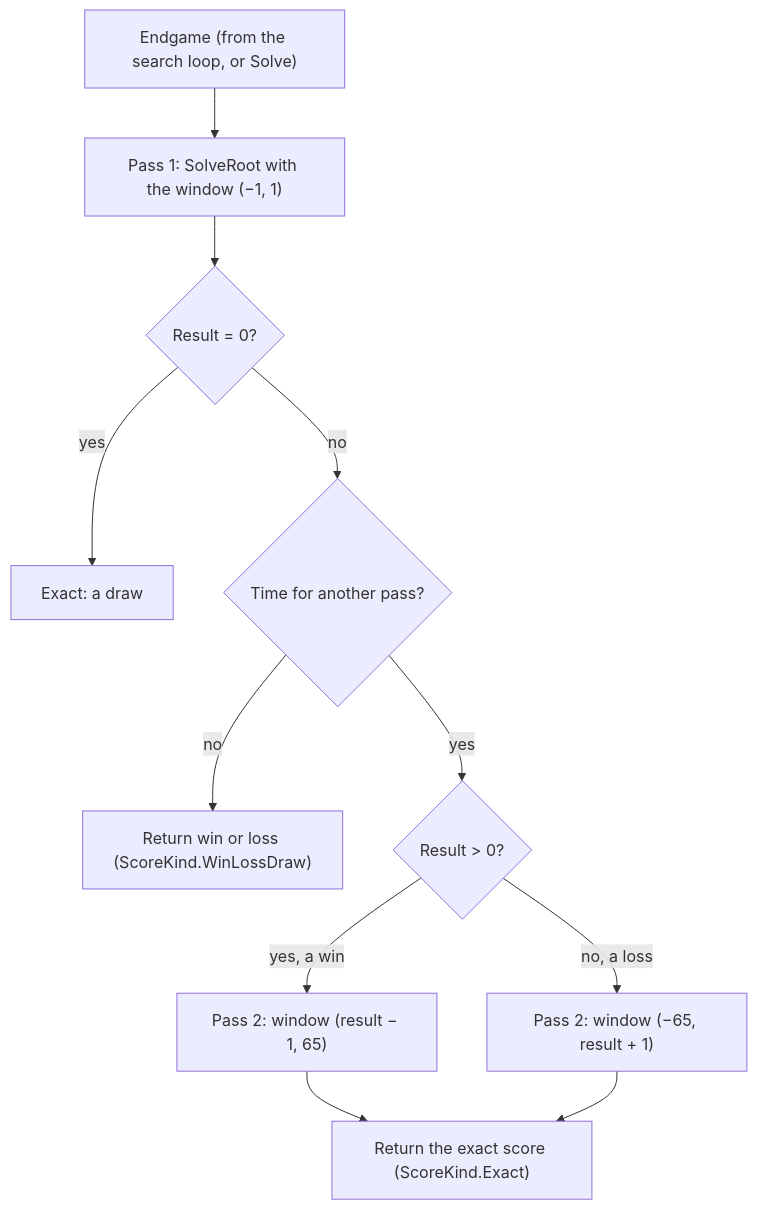
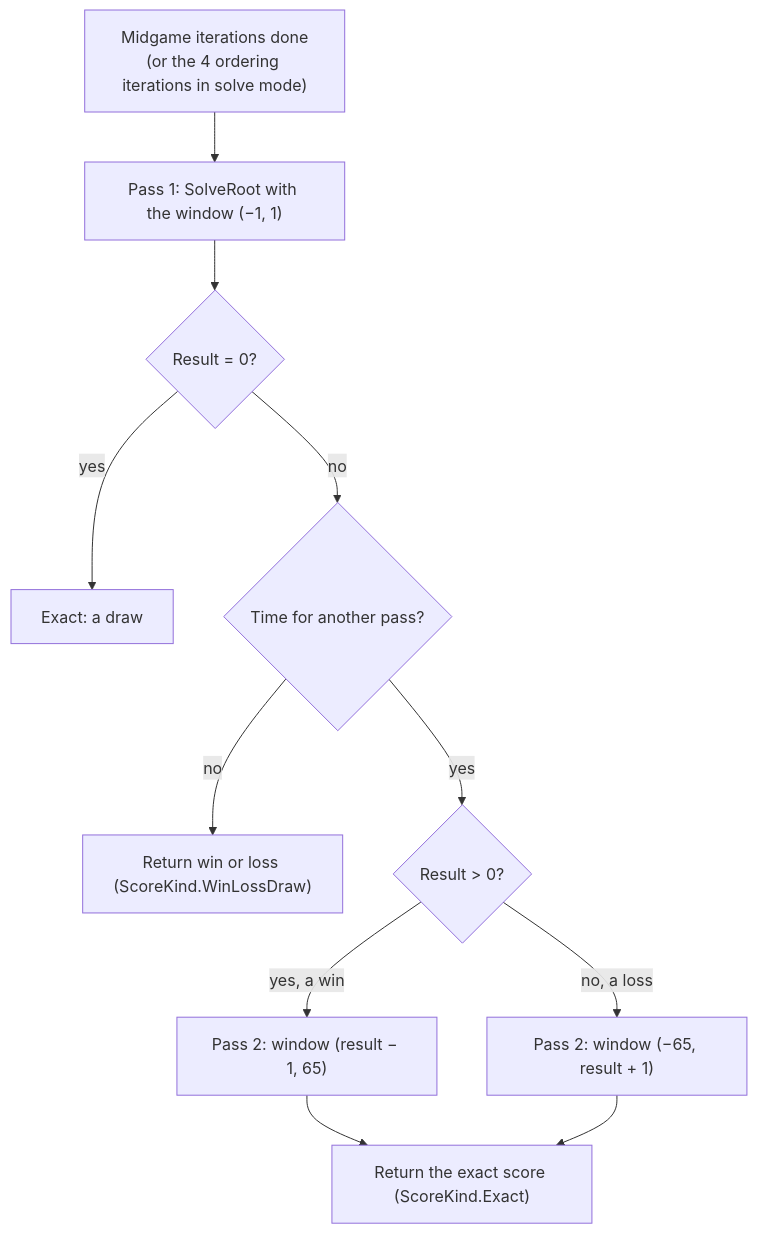
One commit to cjp-dev/Stello changed the first of 2 diagrams in docs/brain/08-endgame-solver.md. Above: the diagram before and after it, drawn with Mermaid. The commit also changed other lines of this file and 1 other file, not shown here.

````diff
--- a/docs/brain/08-endgame-solver.md
+++ b/docs/brain/08-endgame-solver.md
@@ -45,13 +67,13 @@
 ```mermaid
 flowchart TD
-    Start["Endgame (from the search loop, or Solve)"] --> WLD["Pass 1: SolveRoot with the window (−1, 1)"]
+    Start["Midgame iterations done<br/>(or the 4 ordering iterations in solve mode)"] --> WLD["Pass 1: SolveRoot with the window (−1, 1)"]
     WLD --> Draw{"Result = 0?"}
     Draw -- "yes" --> DrawDone["Exact: a draw"]
     Draw -- "no" --> Time{"Time for another pass?"}
     Time -- "no" --> WLDDone["Return win or loss (ScoreKind.WinLossDraw)"]
     Time -- "yes" --> Win{"Result > 0?"}
     Win -- "yes, a win" --> WinWin["Pass 2: window (result − 1, 65)"]
     Win -- "no, a loss" --> LossWin["Pass 2: window (−65, result + 1)"]
     WinWin --> Exact["Return the exact score (ScoreKind.Exact)"]
     LossWin --> Exact
 ```
````
